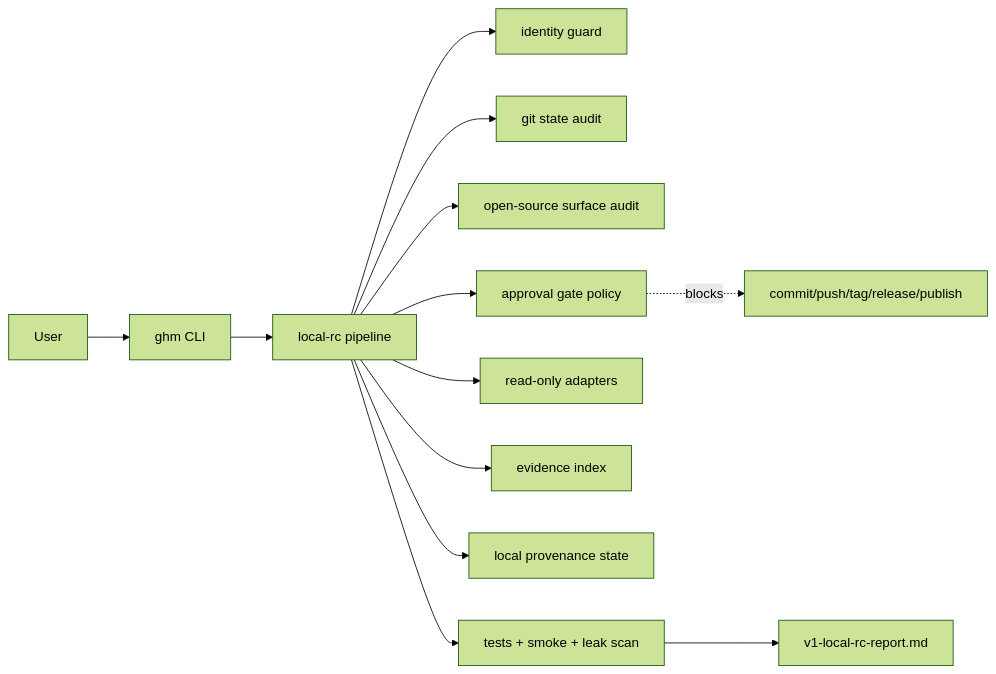
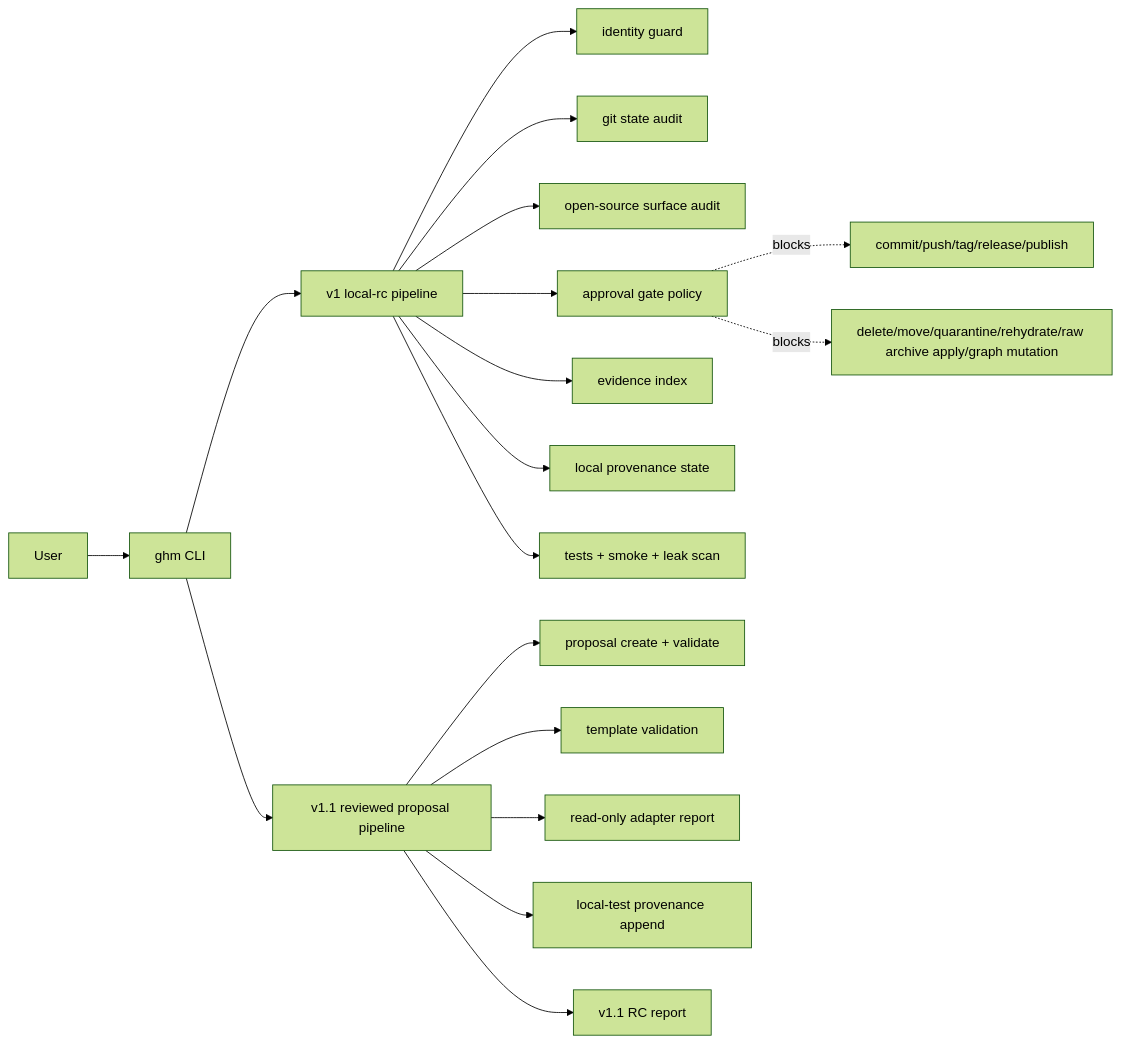
The diagram in README.md (VANILAAAAAAAA/harness-self-governance), drawn with Mermaid (forest theme) before and after one commit. The commit also changed other lines of this file and 9 other files, not shown here.

````diff
--- a/README.md
+++ b/README.md
@@ -30,15 +97,20 @@
 ```mermaid
 flowchart LR
     User[User] --> CLI[ghm CLI]
-    CLI --> Pipeline[local-rc pipeline]
-    Pipeline --> Identity[identity guard]
-    Pipeline --> GitState[git state audit]
-    Pipeline --> Surface[open-source surface audit]
-    Pipeline --> Gates[approval gate policy]
-    Pipeline --> Adapters[read-only adapters]
-    Pipeline --> Evidence[evidence index]
-    Pipeline --> Provenance[local provenance state]
-    Pipeline --> Validation[tests + smoke + leak scan]
-    Validation --> Report[v1-local-rc-report.md]
+    CLI --> V1[v1 local-rc pipeline]
+    CLI --> V11[v1.1 reviewed proposal pipeline]
+    V1 --> Identity[identity guard]
+    V1 --> GitState[git state audit]
+    V1 --> Surface[open-source surface audit]
+    V1 --> Gates[approval gate policy]
+    V1 --> Evidence[evidence index]
+    V1 --> Provenance[local provenance state]
+    V1 --> Validation[tests + smoke + leak scan]
+    V11 --> Proposal[proposal create + validate]
+    V11 --> Templates[template validation]
+    V11 --> Adapter[read-only adapter report]
+    V11 --> LocalAppend[local-test provenance append]
+    V11 --> V11Report[v1.1 RC report]
     Gates -. blocks .-> Publish[commit/push/tag/release/publish]
+    Gates -. blocks .-> Destructive[delete/move/quarantine/rehydrate/raw archive apply/graph mutation]
 ```
````
